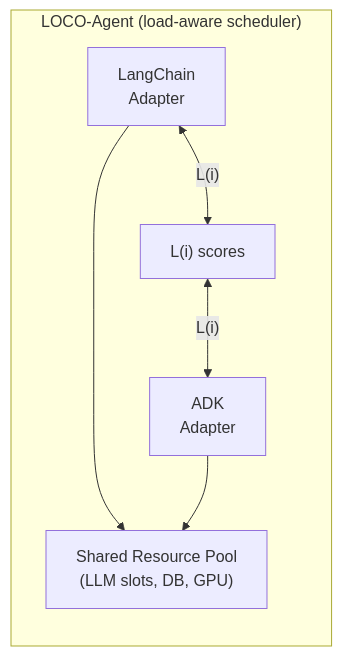
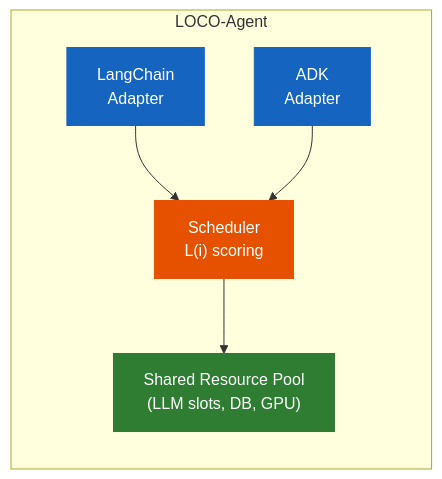
One commit to ArielSmoliar/loco-agent changed the first of 4 diagrams in README.md. Above: the diagram before and after it, drawn with Mermaid. The commit also changed other lines of this file, not shown here.

````diff
--- a/README.md
+++ b/README.md
@@ -26,14 +26,14 @@
 ```mermaid
-graph TB
-    subgraph LOCO["LOCO-Agent (load-aware scheduler)"]
+graph TD
+    subgraph LOCO["LOCO-Agent"]
         direction TB
-        LC["LangChain\nAdapter"]
-        SCORE["L(i) scores"]
-        ADK["ADK\nAdapter"]
-        LC <-->|"L(i)"| SCORE
-        SCORE <-->|"L(i)"| ADK
-        LC --> RES
-        ADK --> RES
-        RES["Shared Resource Pool\n(LLM slots, DB, GPU)"]
+        LC["LangChain\nAdapter"] --> SCORE["Scheduler\nL(i) scoring"]
+        ADK["ADK\nAdapter"] --> SCORE
+        SCORE --> RES["Shared Resource Pool\n(LLM slots, DB, GPU)"]
     end
+
+    style LC fill:#1565c0,color:#fff,stroke:#1565c0
+    style ADK fill:#1565c0,color:#fff,stroke:#1565c0
+    style SCORE fill:#e65100,color:#fff,stroke:#e65100
+    style RES fill:#2e7d32,color:#fff,stroke:#2e7d32
 ```
````
